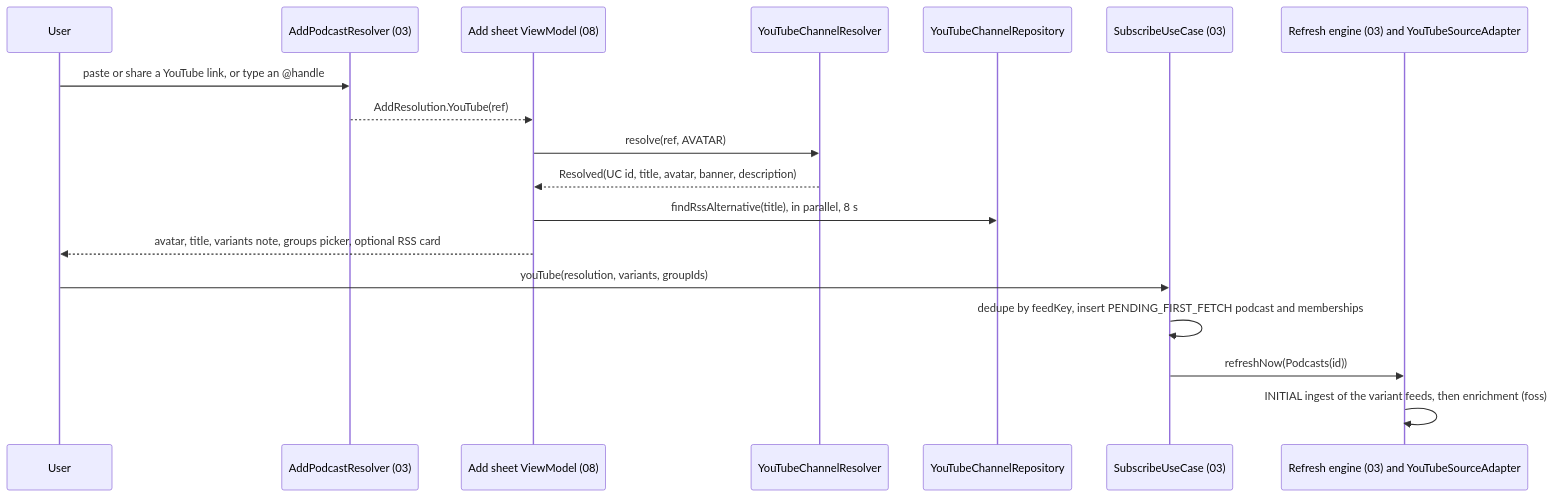
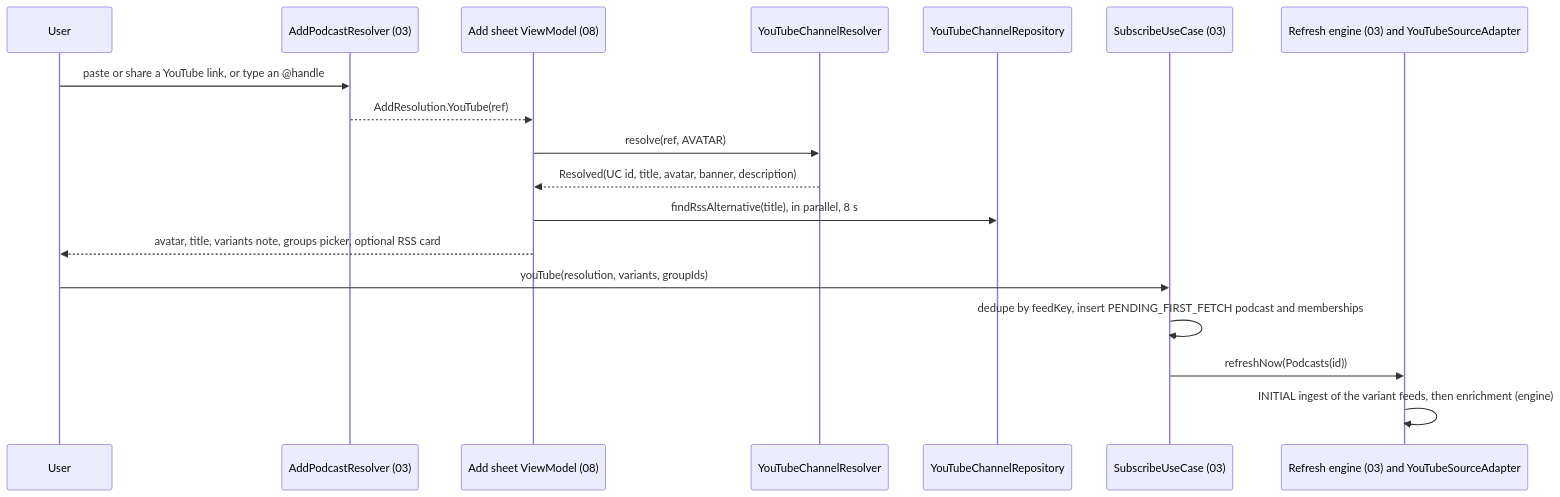
The second of 8 diagrams in docs/design/04-youtube.md (BigBoyDevBox/Neutrodyne), drawn with Mermaid before and after one commit. The commit also changed other lines of this file and 11 other files, not shown here.

````diff
--- a/docs/design/04-youtube.md
+++ b/docs/design/04-youtube.md
@@ -379,20 +459,20 @@
 ```mermaid
 sequenceDiagram
   participant U as User
   participant A as AddPodcastResolver (03)
   participant V as Add sheet ViewModel (08)
   participant R as YouTubeChannelResolver
   participant Q as YouTubeChannelRepository
   participant S as SubscribeUseCase (03)
   participant E as Refresh engine (03) and YouTubeSourceAdapter
   U->>A: paste or share a YouTube link, or type an @handle
   A-->>V: AddResolution.YouTube(ref)
   V->>R: resolve(ref, AVATAR)
   R-->>V: Resolved(UC id, title, avatar, banner, description)
   V->>Q: findRssAlternative(title), in parallel, 8 s
   V-->>U: avatar, title, variants note, groups picker, optional RSS card
   U->>S: youTube(resolution, variants, groupIds)
   S->>S: dedupe by feedKey, insert PENDING_FIRST_FETCH podcast and memberships
   S->>E: refreshNow(Podcasts(id))
-  E->>E: INITIAL ingest of the variant feeds, then enrichment (foss)
+  E->>E: INITIAL ingest of the variant feeds, then enrichment (engine)
 ```
````
